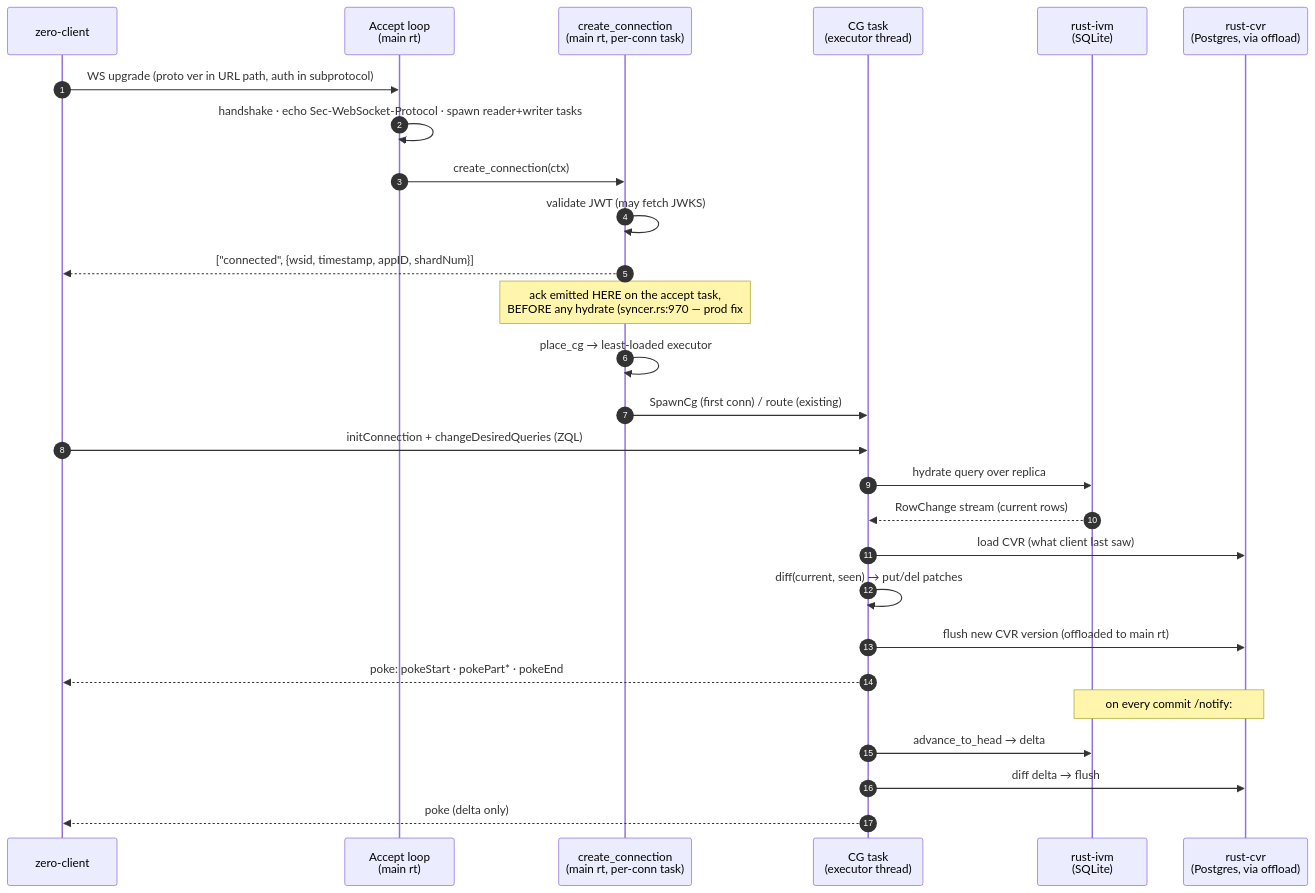
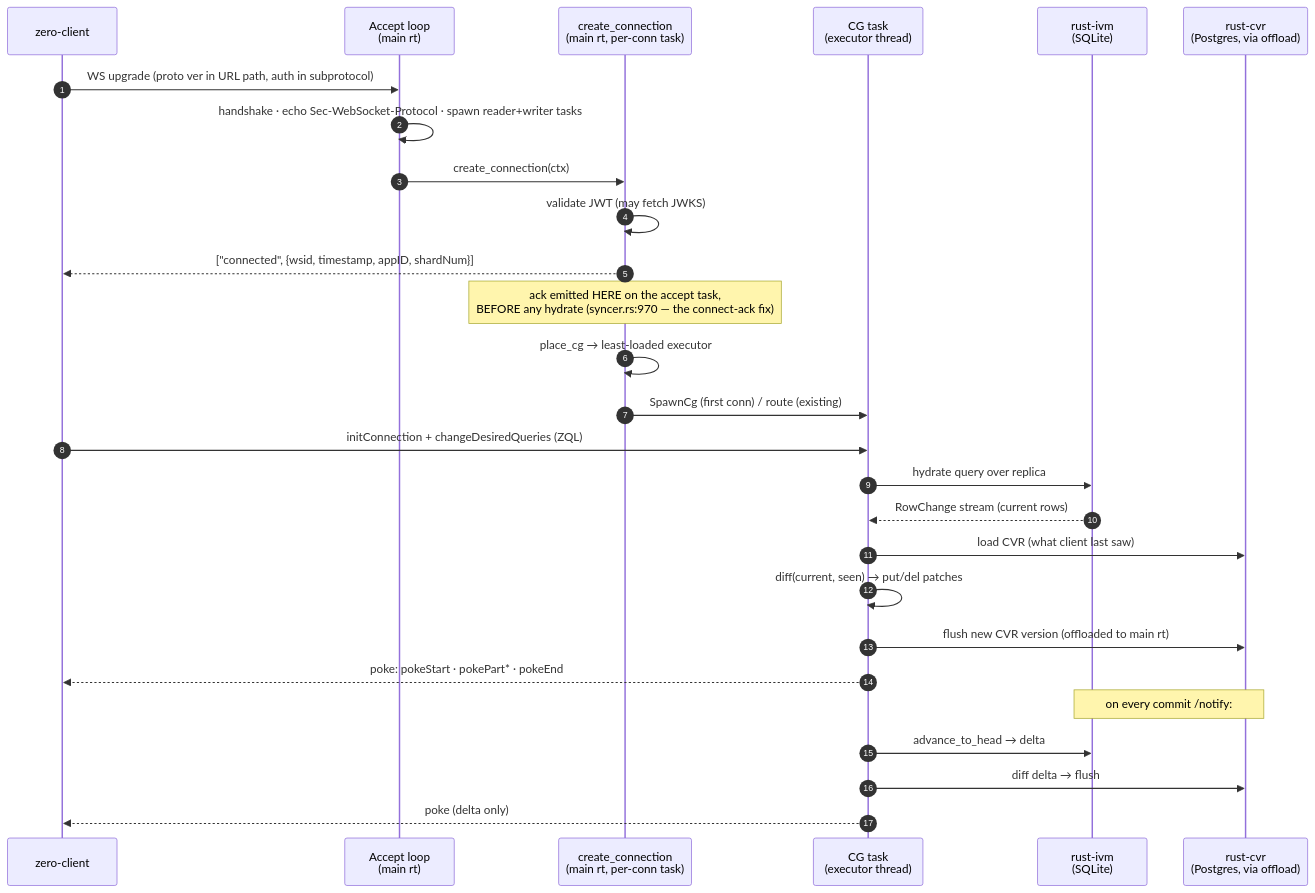
One commit to kartikparsoya-eng/mono-better changed the sixth of 11 diagrams in RUST-SYNCER-ARCHITECTURE.md. Above: the diagram before and after it, drawn with Mermaid. The commit also changed other lines of this file and 150 other files, not shown here.

````diff
--- a/RUST-SYNCER-ARCHITECTURE.md
+++ b/RUST-SYNCER-ARCHITECTURE.md
@@ -215,31 +215,31 @@
 ```mermaid
 sequenceDiagram
     autonumber
     participant C as zero-client
     participant A as Accept loop<br/>(main rt)
     participant R as create_connection<br/>(main rt, per-conn task)
     participant E as CG task<br/>(executor thread)
     participant I as rust-ivm<br/>(SQLite)
     participant V as rust-cvr<br/>(Postgres, via offload)
 
     C->>A: WS upgrade (proto ver in URL path, auth in subprotocol)
     A->>A: handshake · echo Sec-WebSocket-Protocol · spawn reader+writer tasks
     A->>R: create_connection(ctx)
     R->>R: validate JWT (may fetch JWKS)
     R-->>C: ["connected", {wsid, timestamp, appID, shardNum}]
-    Note over R: ack emitted HERE on the accept task,<br/>BEFORE any hydrate (syncer.rs:970 — prod fix #152)
+    Note over R: ack emitted HERE on the accept task,<br/>BEFORE any hydrate (syncer.rs:970 — the connect-ack fix)
     R->>R: place_cg → least-loaded executor
     R->>E: SpawnCg (first conn) / route (existing)
     C->>E: initConnection + changeDesiredQueries (ZQL)
     E->>I: hydrate query over replica
     I-->>E: RowChange stream (current rows)
     E->>V: load CVR (what client last saw)
     E->>E: diff(current, seen) → put/del patches
     E->>V: flush new CVR version (offloaded to main rt)
     E-->>C: poke: pokeStart · pokePart* · pokeEnd
 
     Note over I,V: on every commit /notify:
     E->>I: advance_to_head → delta
     E->>V: diff delta → flush
     E-->>C: poke (delta only)
 ```
````
